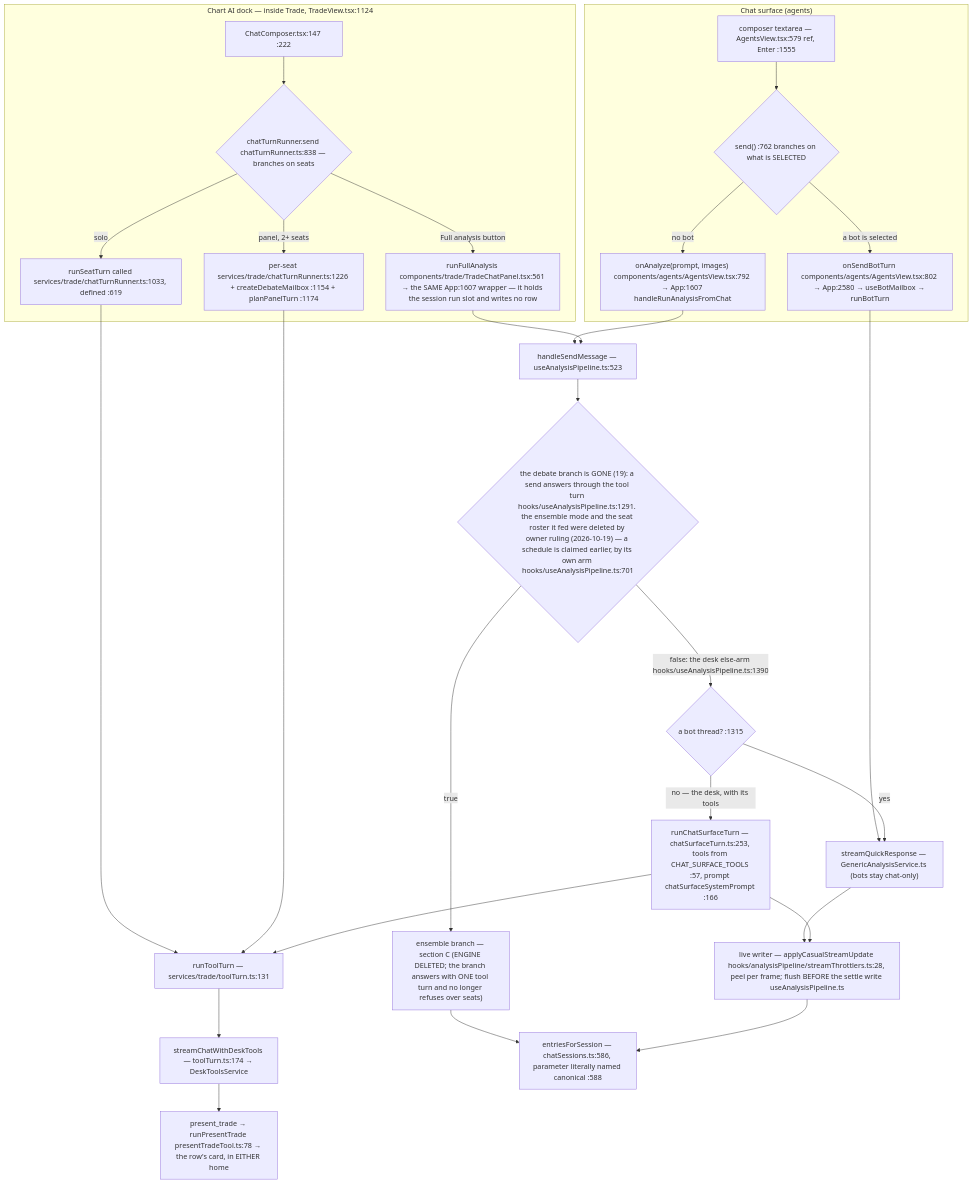
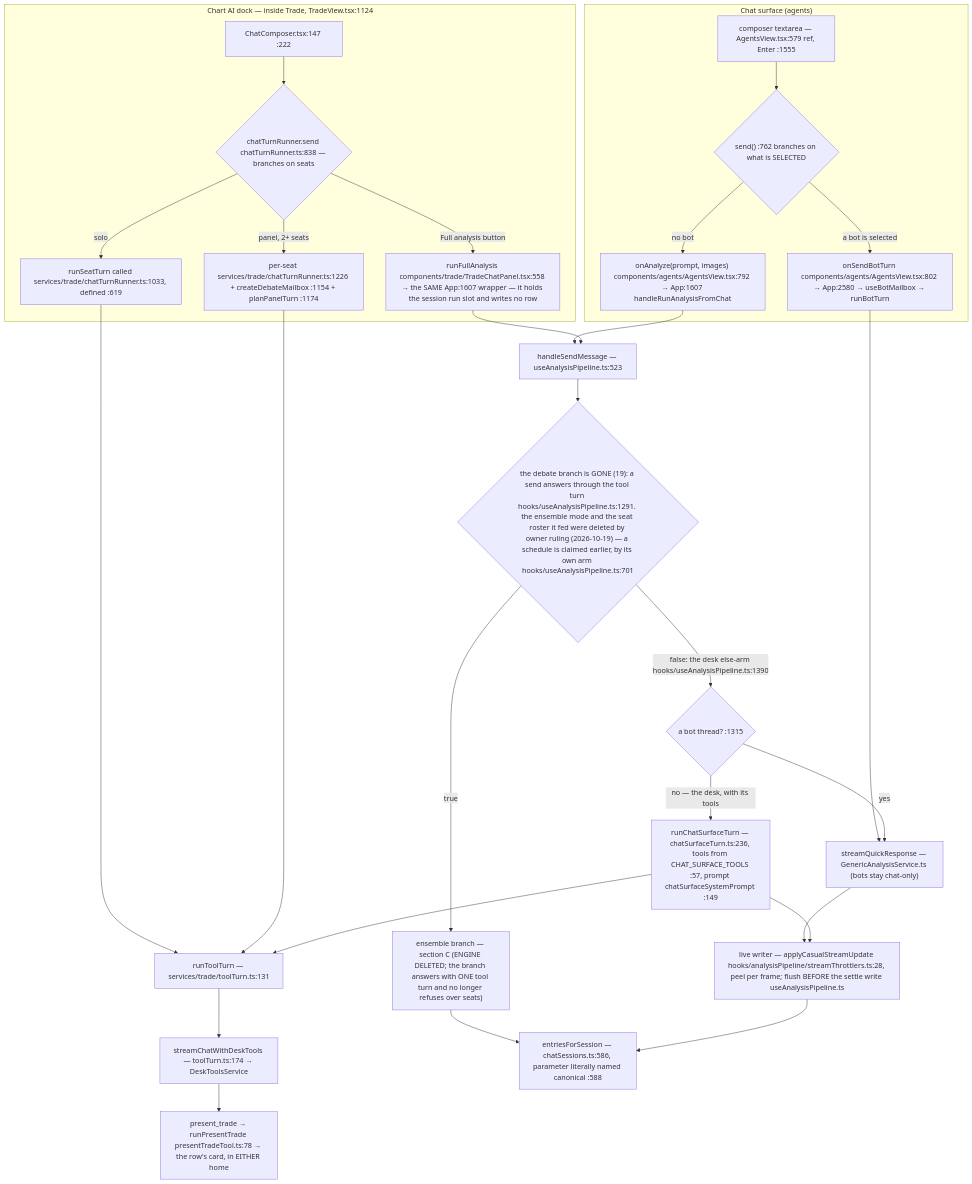
One commit to Acepay25/august-3.5 changed the second of 8 diagrams in docs/app-flow.md. Above: the diagram before and after it, drawn with Mermaid. The commit also changed other lines of this file and 22 other files, not shown here.

````diff
--- a/docs/app-flow.md
+++ b/docs/app-flow.md
@@ -73,31 +73,31 @@
 ```mermaid
 flowchart TD
     subgraph CHAT["Chat surface (agents)"]
         CB["composer textarea — AgentsView.tsx:579 ref, Enter :1555"] --> D1{"send() :762 branches on what is SELECTED"}
         D1 -->|a bot is selected| BOT["onSendBotTurn components/agents/AgentsView.tsx:802 → App:2580 → useBotMailbox → runBotTurn"]
         D1 -->|no bot| AN["onAnalyze(prompt, images) components/agents/AgentsView.tsx:792 → App:1607 handleRunAnalysisFromChat"]
     end
     subgraph DOCK["Chart AI dock — inside Trade, TradeView.tsx:1124"]
         DC["ChatComposer.tsx:147 :222"] --> D2{"chatTurnRunner.send chatTurnRunner.ts:838 — branches on seats"}
         D2 -->|solo| SO["runSeatTurn called services/trade/chatTurnRunner.ts:1033, defined :619"]
         D2 -->|panel, 2+ seats| PN["per-seat services/trade/chatTurnRunner.ts:1226 + createDebateMailbox :1154 + planPanelTurn :1174"]
-        D2 -->|Full analysis button| FA["runFullAnalysis components/trade/TradeChatPanel.tsx:561 → the SAME App:1607 wrapper — it holds the session run slot and writes no row"]
+        D2 -->|Full analysis button| FA["runFullAnalysis components/trade/TradeChatPanel.tsx:558 → the SAME App:1607 wrapper — it holds the session run slot and writes no row"]
     end
     SO --> TT["runToolTurn — services/trade/toolTurn.ts:131"]
     PN --> TT
     TT --> SCDT["streamChatWithDeskTools — toolTurn.ts:174 → DeskToolsService"]
     BOT --> TR["streamQuickResponse — GenericAnalysisService.ts (bots stay chat-only)"]
     AN --> HSM["handleSendMessage — useAnalysisPipeline.ts:523"]
     FA --> HSM
     HSM --> D3{"the debate branch is GONE (19): a send answers through the tool turn hooks/useAnalysisPipeline.ts:1291. the ensemble mode and the seat roster it fed were deleted by owner ruling (2026-10-19) — a schedule is claimed earlier, by its own arm hooks/useAnalysisPipeline.ts:701"}
     D3 -->|true| ENS["ensemble branch — section C (ENGINE DELETED; the branch answers with ONE tool turn and no longer refuses over seats)"]
     D3 -->|false: the desk else-arm hooks/useAnalysisPipeline.ts:1390| SPLIT{"a bot thread? :1315"}
     SPLIT -->|yes| TR
-    SPLIT -->|no — the desk, with its tools| CST["runChatSurfaceTurn — chatSurfaceTurn.ts:253, tools from CHAT_SURFACE_TOOLS :57, prompt chatSurfaceSystemPrompt :166"]
+    SPLIT -->|no — the desk, with its tools| CST["runChatSurfaceTurn — chatSurfaceTurn.ts:236, tools from CHAT_SURFACE_TOOLS :57, prompt chatSurfaceSystemPrompt :149"]
     CST --> TT
     TR --> LW["live writer — applyCasualStreamUpdate hooks/analysisPipeline/streamThrottlers.ts:28, peel per frame; flush BEFORE the settle write useAnalysisPipeline.ts"]
     CST --> LW
     ENS --> MERGE
     LW --> MERGE["entriesForSession — chatSessions.ts:586, parameter literally named canonical :588"]
     SCDT --> PT["present_trade → runPresentTrade presentTradeTool.ts:78 → the row's card, in EITHER home"]
 ```
````
